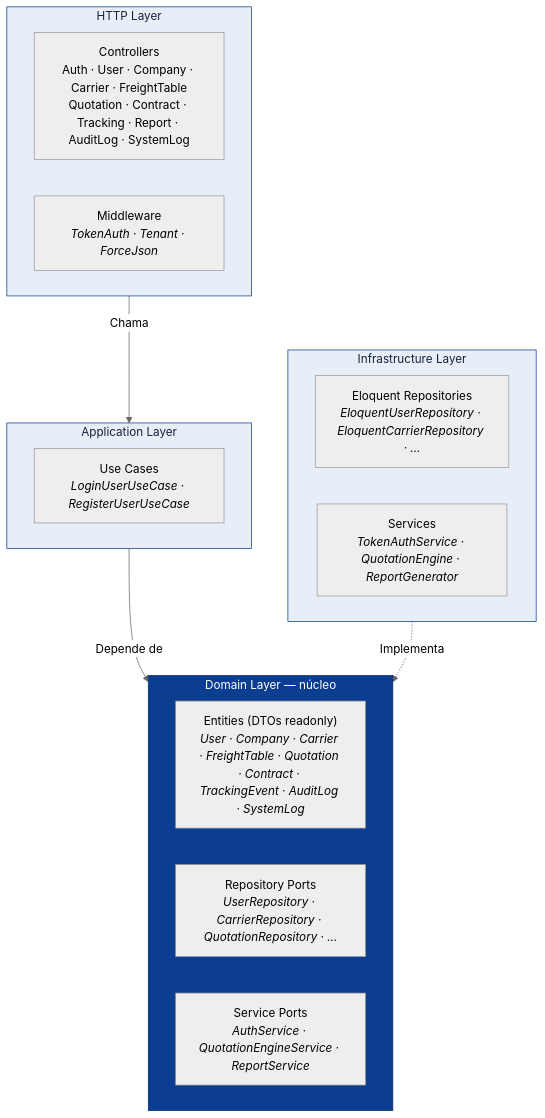
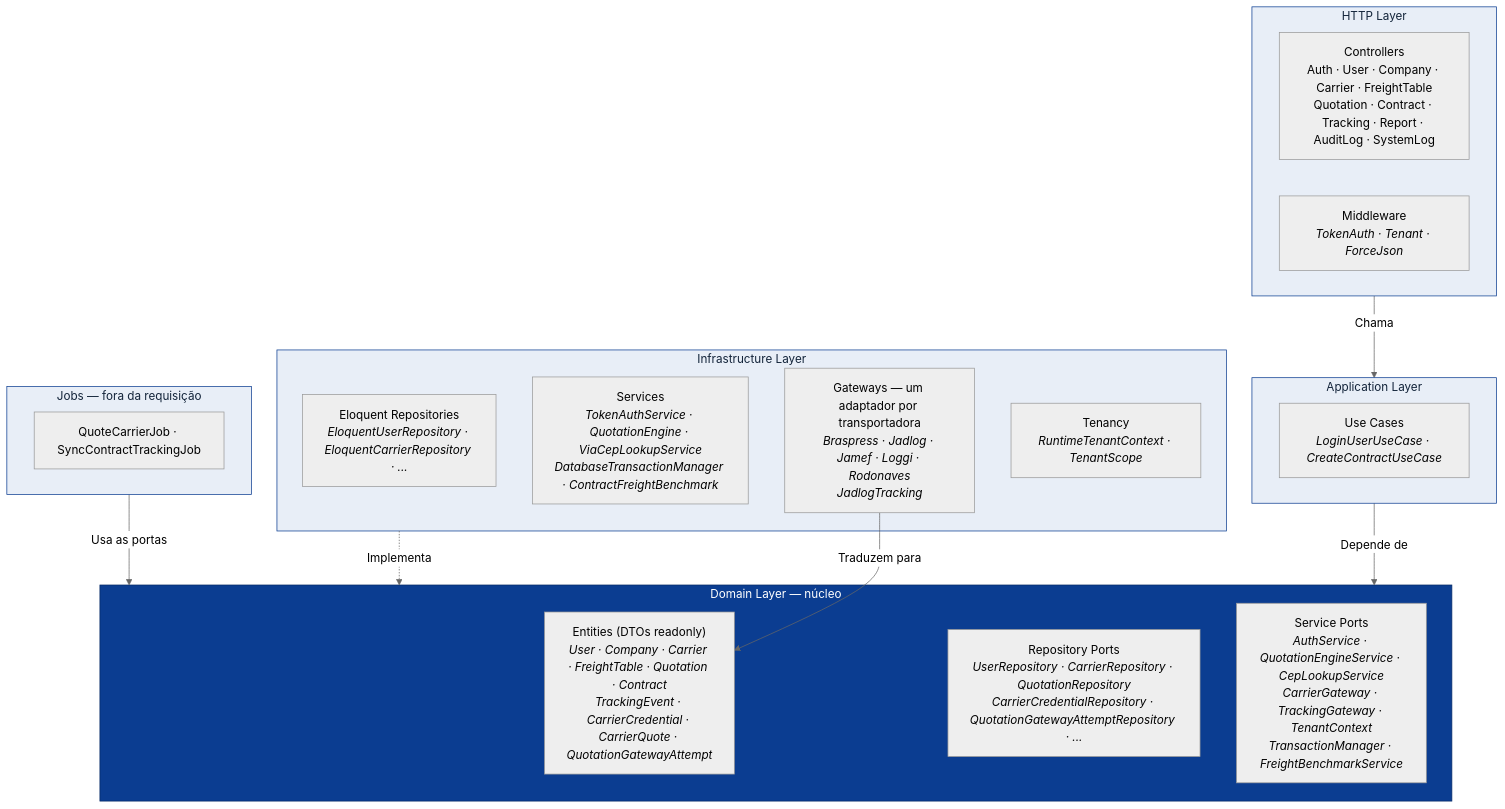
One commit to AnthonyPiovanFourteen/InterlinkedLog changed the fourth of 4 diagrams in DOC/ArchitectureAndDesign.md. Above: the diagram before and after it, drawn with Mermaid (neutral theme). The commit also changed other lines of this file and 7 other files, not shown here.

````diff
--- a/DOC/ArchitectureAndDesign.md
+++ b/DOC/ArchitectureAndDesign.md
@@ -107,31 +107,39 @@
 ```mermaid
 flowchart TB
     subgraph http["HTTP Layer"]
         controllers["Controllers<br/>Auth · User · Company · Carrier · FreightTable<br/>Quotation · Contract · Tracking · Report · AuditLog · SystemLog"]
         middleware["Middleware<br/><i>TokenAuth · Tenant · ForceJson</i>"]
     end
 
     subgraph application["Application Layer"]
-        usecases["Use Cases<br/><i>LoginUserUseCase · RegisterUserUseCase</i>"]
+        usecases["Use Cases<br/><i>LoginUserUseCase · CreateContractUseCase</i>"]
     end
 
     subgraph domain["Domain Layer — núcleo"]
-        entities["Entities (DTOs readonly)<br/><i>User · Company · Carrier · FreightTable · Quotation · Contract · TrackingEvent · AuditLog · SystemLog</i>"]
-        repos["Repository Ports<br/><i>UserRepository · CarrierRepository · QuotationRepository · ...</i>"]
-        services["Service Ports<br/><i>AuthService · QuotationEngineService · ReportService</i>"]
+        entities["Entities (DTOs readonly)<br/><i>User · Company · Carrier · FreightTable · Quotation · Contract<br/>TrackingEvent · CarrierCredential · CarrierQuote · QuotationGatewayAttempt</i>"]
+        repos["Repository Ports<br/><i>UserRepository · CarrierRepository · QuotationRepository<br/>CarrierCredentialRepository · QuotationGatewayAttemptRepository · ...</i>"]
+        services["Service Ports<br/><i>AuthService · QuotationEngineService · CepLookupService<br/>CarrierGateway · TrackingGateway · TenantContext<br/>TransactionManager · FreightBenchmarkService</i>"]
     end
 
     subgraph infrastructure["Infrastructure Layer"]
         eloquent["Eloquent Repositories<br/><i>EloquentUserRepository · EloquentCarrierRepository · ...</i>"]
-        impl["Services<br/><i>TokenAuthService · QuotationEngine · ReportGenerator</i>"]
+        impl["Services<br/><i>TokenAuthService · QuotationEngine · ViaCepLookupService<br/>DatabaseTransactionManager · ContractFreightBenchmark</i>"]
+        gateways["Gateways — um adaptador por transportadora<br/><i>Braspress · Jadlog · Jamef · Loggi · Rodonaves<br/>JadlogTracking</i>"]
+        tenancy["Tenancy<br/><i>RuntimeTenantContext · TenantScope</i>"]
+    end
+
+    subgraph jobs["Jobs — fora da requisição"]
+        queue["QuoteCarrierJob · SyncContractTrackingJob"]
     end
 
     http -->|"Chama"| application
     application -->|"Depende de"| domain
     infrastructure -. "Implementa" .-> domain
+    jobs -->|"Usa as portas"| domain
+    gateways -->|"Traduzem para"| entities
 
     classDef core fill:#0b3d91,stroke:#072a66,color:#fff;
     classDef layer fill:#e8eef7,stroke:#0b3d91,color:#13243a;
     class domain core;
-    class http,application,infrastructure layer;
+    class http,application,infrastructure,jobs layer;
 ```
````
